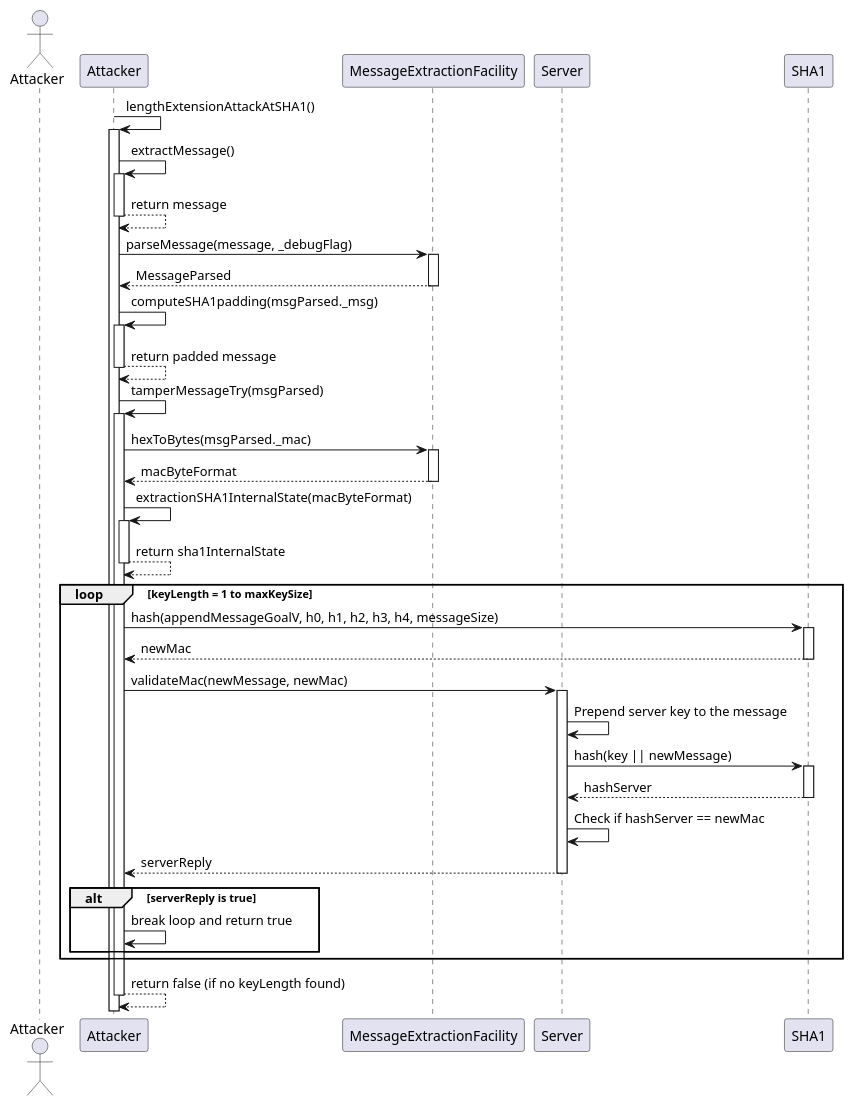
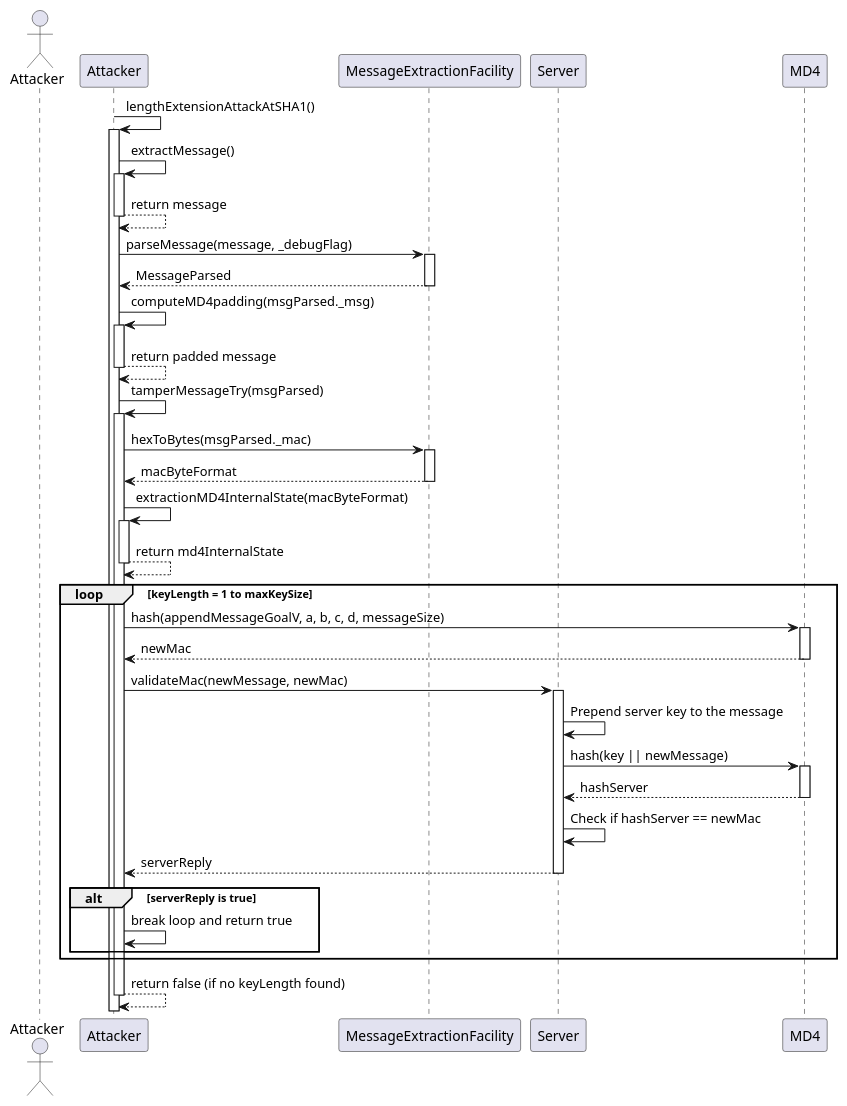
One commit to Photon-einstein/Cryptopals changed the diagram in Cryptopals_resolutions/4-Set_4/cryptopals_set_4_problem_30/uml_diagrams/sequence_diagram.puml. Above: the diagram before and after it, drawn with PlantUML. The commit also changed 1 other file, not shown here.

Commit message:
Update sequence diagram

```diff
--- a/Cryptopals_resolutions/4-Set_4/cryptopals_set_4_problem_30/uml_diagrams/sequence_diagram.puml
+++ b/Cryptopals_resolutions/4-Set_4/cryptopals_set_4_problem_30/uml_diagrams/sequence_diagram.puml
@@ -1,66 +1,66 @@
 @startuml
 
 actor Attacker
 
 participant "Attacker" as A
 participant "MessageExtractionFacility" as MEF
 participant "Server" as S
-participant "SHA1" as SHA1
+participant "MD4" as MD4
 
 A -> A : lengthExtensionAttackAtSHA1()
 activate A
 
 A -> A : extractMessage()
 activate A
 A --> A : return message
 deactivate A
 
 A -> MEF : parseMessage(message, _debugFlag)
 activate MEF
 MEF --> A : MessageParsed
 deactivate MEF
 
-A -> A : computeSHA1padding(msgParsed._msg)
+A -> A : computeMD4padding(msgParsed._msg)
 activate A
 A --> A : return padded message
 deactivate A
 
 A -> A : tamperMessageTry(msgParsed)
 activate A
 
 A -> MEF : hexToBytes(msgParsed._mac)
 activate MEF
 MEF --> A : macByteFormat
 deactivate MEF
 
-A -> A : extractionSHA1InternalState(macByteFormat)
+A -> A : extractionMD4InternalState(macByteFormat)
 activate A
-A --> A : return sha1InternalState
+A --> A : return md4InternalState
 deactivate A
 
 loop keyLength = 1 to maxKeySize
-    A -> SHA1 : hash(appendMessageGoalV, h0, h1, h2, h3, h4, messageSize)
-    activate SHA1
-    SHA1 --> A : newMac
-    deactivate SHA1
+    A -> MD4 : hash(appendMessageGoalV, a, b, c, d, messageSize)
+    activate MD4
+    MD4 --> A : newMac
+    deactivate MD4
     
     A -> S : validateMac(newMessage, newMac)
     activate S
     S -> S: Prepend server key to the message    
-    S -> SHA1: hash(key || newMessage)
-    activate SHA1
-    SHA1 --> S: hashServer
-    deactivate SHA1
+    S -> MD4: hash(key || newMessage)
+    activate MD4
+    MD4 --> S: hashServer
+    deactivate MD4
     S -> S: Check if hashServer == newMac 
     S --> A : serverReply
     deactivate S
     
     alt serverReply is true
         A -> A : break loop and return true
     end
 end
 
 A --> A : return false (if no keyLength found)
 deactivate A
 
 @enduml
```
